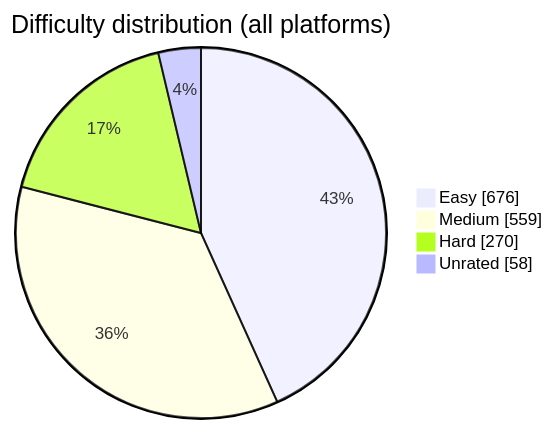
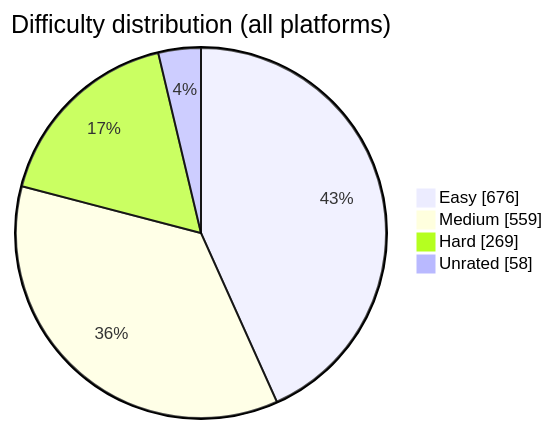
The diagram in README.md (BuildbyArindam/Daily-Coding-Log), drawn with Mermaid before and after one commit. The commit also changed other lines of this file, not shown here.

````diff
--- a/README.md
+++ b/README.md
@@ -93,7 +93,7 @@
 ```mermaid
 pie showData title Difficulty distribution (all platforms)
     "Easy" : 676
     "Medium" : 559
-    "Hard" : 270
+    "Hard" : 269
     "Unrated" : 58
 ```
````
